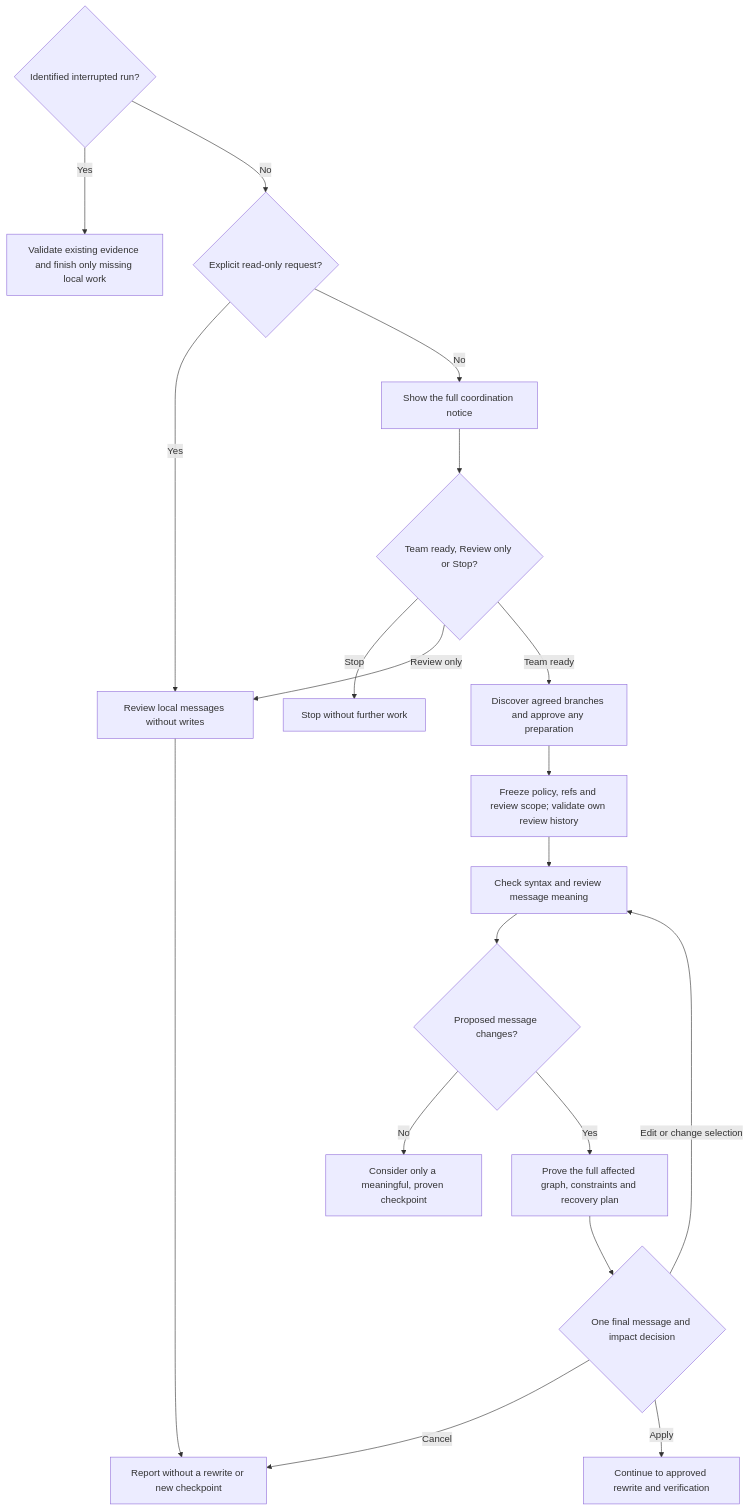
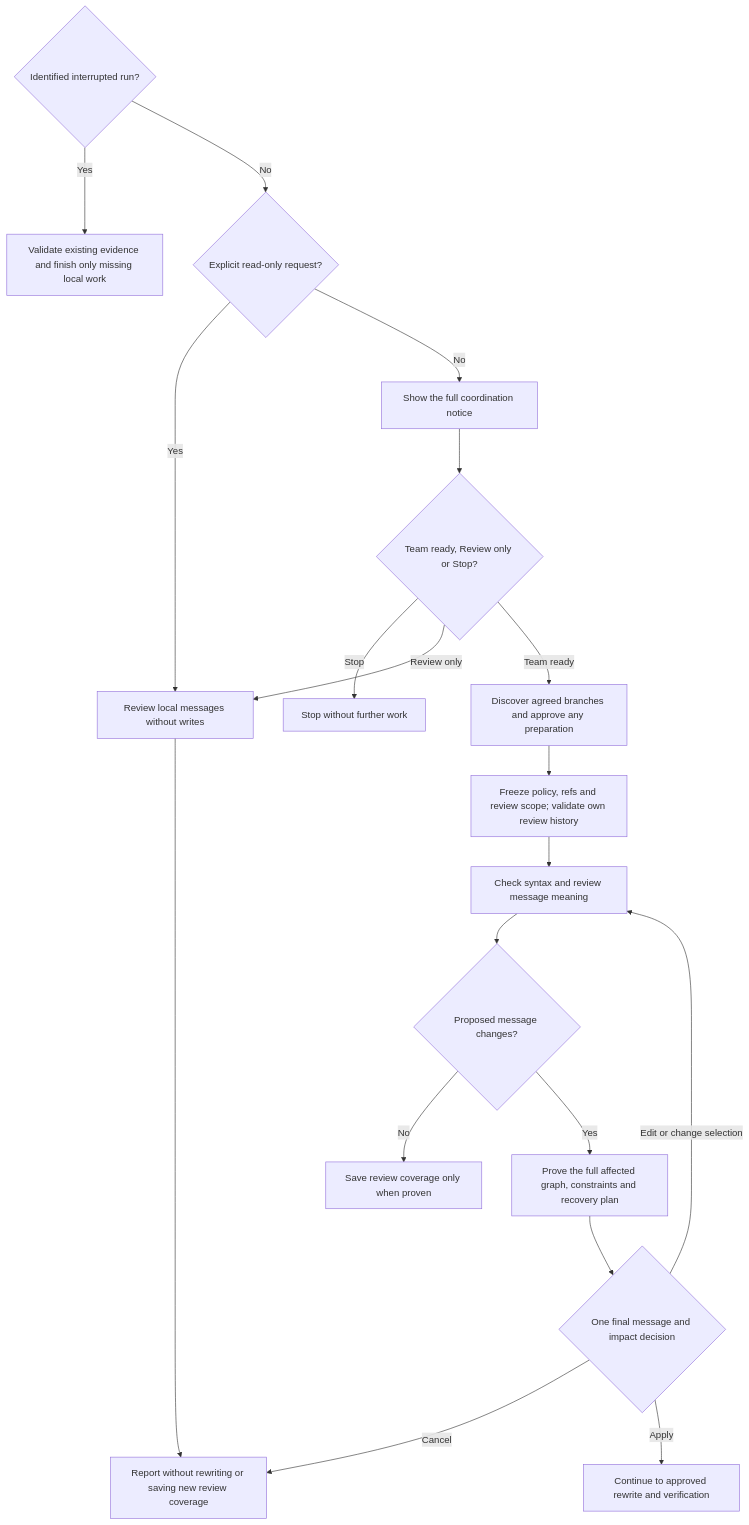
Before and after one commit to myowinthein/agent-helm: the first of 2 diagrams in docs/commands/normalize/detailed.md, drawn with Mermaid. The commit also changed other lines of this file and 25 other files, not shown here.

````diff
--- a/docs/commands/normalize/detailed.md
+++ b/docs/commands/normalize/detailed.md
@@ -23,21 +22,21 @@
 ```mermaid
 flowchart TD
   Start{"Identified interrupted run?"} -->|Yes| Resume["Validate existing evidence and finish only missing local work"]
   Start -->|No| Readonly{"Explicit read-only request?"}
   Readonly -->|Yes| ReviewOnly["Review local messages without writes"]
   Readonly -->|No| Notice["Show the full coordination notice"]
   Notice --> Ready{"Team ready, Review only or Stop?"}
   Ready -->|Stop| Stop["Stop without further work"]
   Ready -->|Review only| ReviewOnly
   Ready -->|Team ready| Discover["Discover agreed branches and approve any preparation"]
   Discover --> Freeze["Freeze policy, refs and review scope; validate own review history"]
   Freeze --> Messages["Check syntax and review message meaning"]
   Messages --> Changes{"Proposed message changes?"}
-  Changes -->|No| Checkpoint["Consider only a meaningful, proven checkpoint"]
+  Changes -->|No| Checkpoint["Save review coverage only when proven"]
   Changes -->|Yes| Impact["Prove the full affected graph, constraints and recovery plan"]
   Impact --> Approval{"One final message and impact decision"}
   Approval -->|Edit or change selection| Messages
-  Approval -->|Cancel| Report["Report without a rewrite or new checkpoint"]
+  Approval -->|Cancel| Report["Report without rewriting or saving new review coverage"]
   Approval -->|Apply| Rewrite["Continue to approved rewrite and verification"]
   ReviewOnly --> Report
 ```
````
